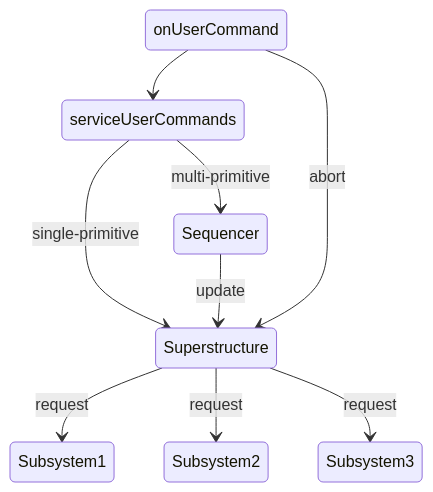
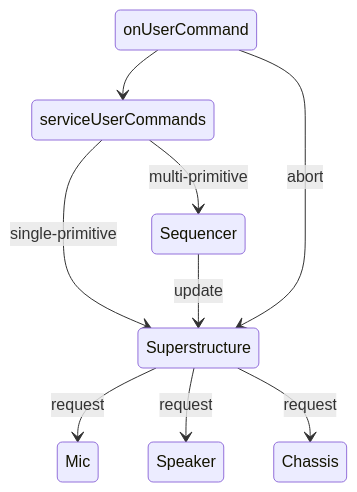
One commit to rosepark222/AFSK changed the second of 4 diagrams in teensy/doc/robot_state_design.md. Above: the diagram before and after it, drawn with Mermaid. The commit also changed other lines of this file, not shown here.

Commit message:
Add requests for Mic, Speaker, and Chassis in design
Updated the robot state design to include requests to Mic, Speaker, and Chassis from Superstructure.

````diff
--- a/teensy/doc/robot_state_design.md
+++ b/teensy/doc/robot_state_design.md
@@ -14,11 +14,11 @@
 ```mermaid
 stateDiagram-v2
 onUserCommand --> serviceUserCommands
 serviceUserCommands-->  Superstructure: single-primitive
 serviceUserCommands-->  Sequencer: multi-primitive
 onUserCommand--> Superstructure: abort
 Sequencer --> Superstructure: update
-Superstructure --> Subsystem1: request
-Superstructure --> Subsystem2: request
-Superstructure --> Subsystem3: request
+Superstructure --> Mic: request
+Superstructure --> Speaker: request
+Superstructure --> Chassis: request
 ```
````
